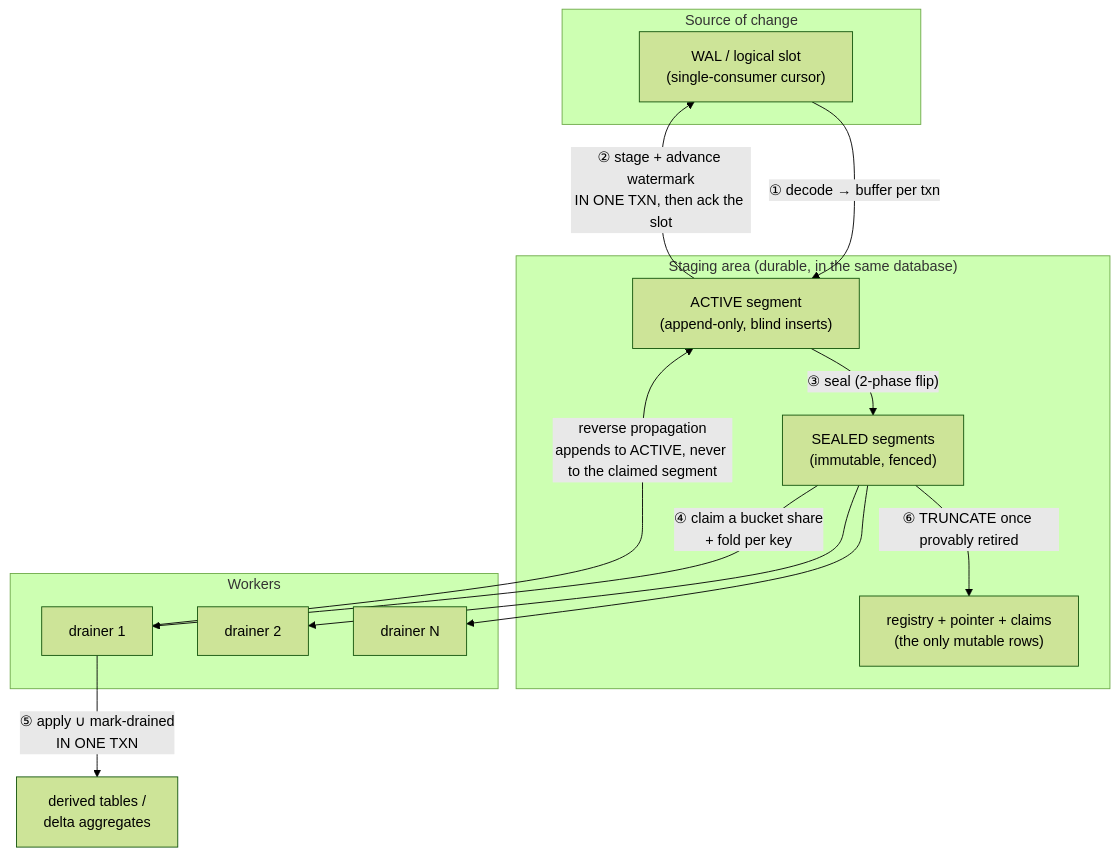
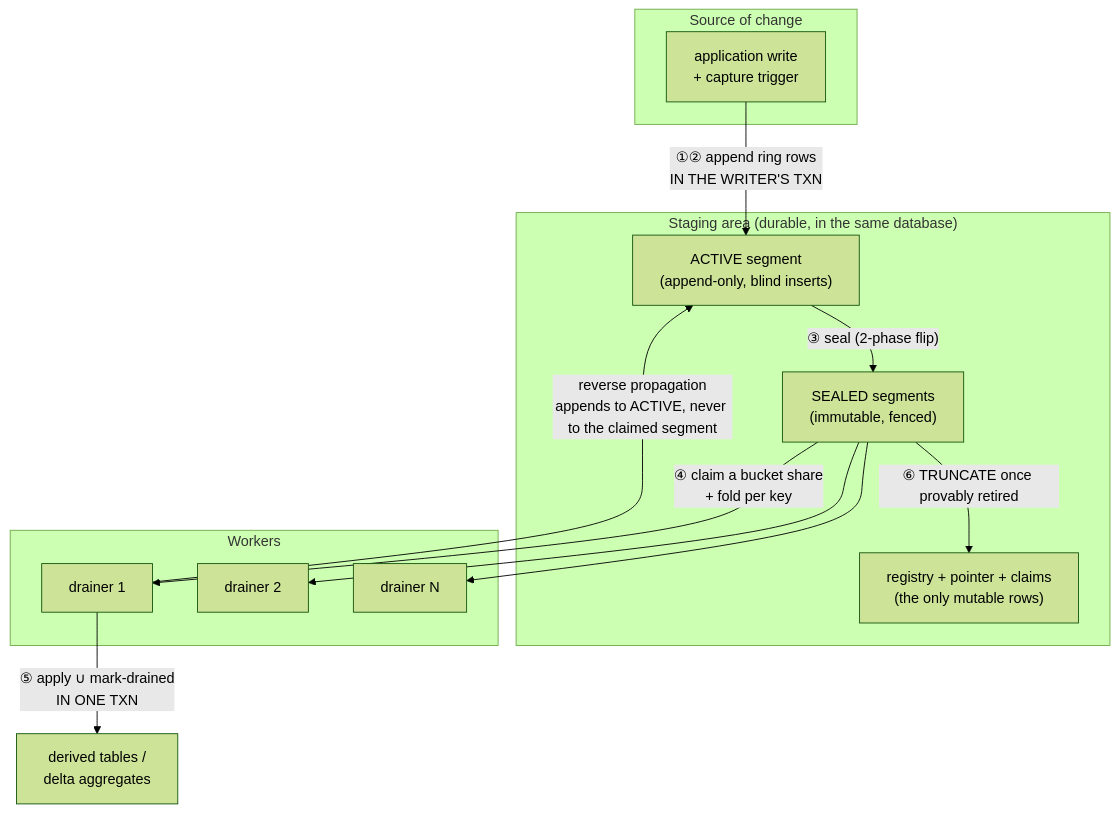
The diagram in docs/staging-and-claiming/README.md (mmmries/trellis), drawn with Mermaid (forest theme) before and after one commit. The commit also changed other lines of this file and 193 other files, not shown here.

First line of the commit message:
Delete intake, the replication slot and the publication, drop the wal_level=logical requirement, and refuse sources a statement trigger can't capture whole (#622 C8) (#696)

````diff
--- a/docs/staging-and-claiming/README.md
+++ b/docs/staging-and-claiming/README.md
@@ -41,30 +39,29 @@
 ```mermaid
 flowchart TB
     subgraph src["Source of change"]
-        WAL["WAL / logical slot\n(single-consumer cursor)"]
+        SRC["application write\n+ capture trigger"]
     end
 
     subgraph stage["Staging area (durable, in the same database)"]
         ACT["ACTIVE segment\n(append-only, blind inserts)"]
         SEALED["SEALED segments\n(immutable, fenced)"]
         REG["registry + pointer + claims\n(the only mutable rows)"]
     end
 
     subgraph work["Workers"]
         D1["drainer 1"]
         D2["drainer 2"]
         DN["drainer N"]
     end
 
     TGT["derived tables /\ndelta aggregates"]
 
-    WAL -->|"① decode → buffer per txn"| ACT
-    ACT -->|"② stage + advance watermark\nIN ONE TXN, then ack the slot"| WAL
+    SRC -->|"①② append ring rows\nIN THE WRITER'S TXN"| ACT
     ACT -->|"③ seal (2-phase flip)"| SEALED
     SEALED -->|"④ claim a bucket share\n+ fold per key"| D1
     SEALED --> D2
     SEALED --> DN
     D1 -->|"⑤ apply ∪ mark-drained\nIN ONE TXN"| TGT
     D1 -->|"reverse propagation\nappends to ACTIVE, never to the claimed segment"| ACT
     SEALED -->|"⑥ TRUNCATE once provably retired"| REG
 ```
````
